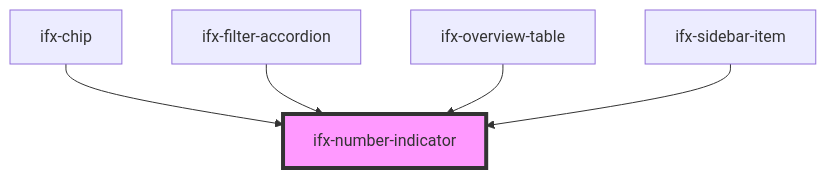
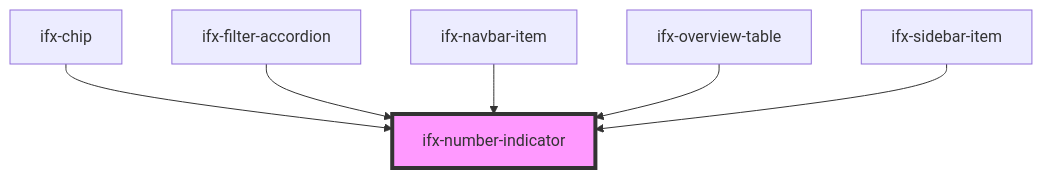
One commit to Infineon/infineon-design-system-stencil changed the diagram in packages/components/src/components/number-indicator/readme.md. Above: the diagram before and after it, drawn with Mermaid. The commit also changed other lines of this file and 1 other file, not shown here.

Commit message:
clean install

````diff
--- a/packages/components/src/components/number-indicator/readme.md
+++ b/packages/components/src/components/number-indicator/readme.md
@@ -25,8 +26,9 @@
 ```mermaid
 graph TD;
   ifx-chip --> ifx-number-indicator
   ifx-filter-accordion --> ifx-number-indicator
+  ifx-navbar-item --> ifx-number-indicator
   ifx-overview-table --> ifx-number-indicator
   ifx-sidebar-item --> ifx-number-indicator
   style ifx-number-indicator fill:#f9f,stroke:#333,stroke-width:4px
 ```
````
